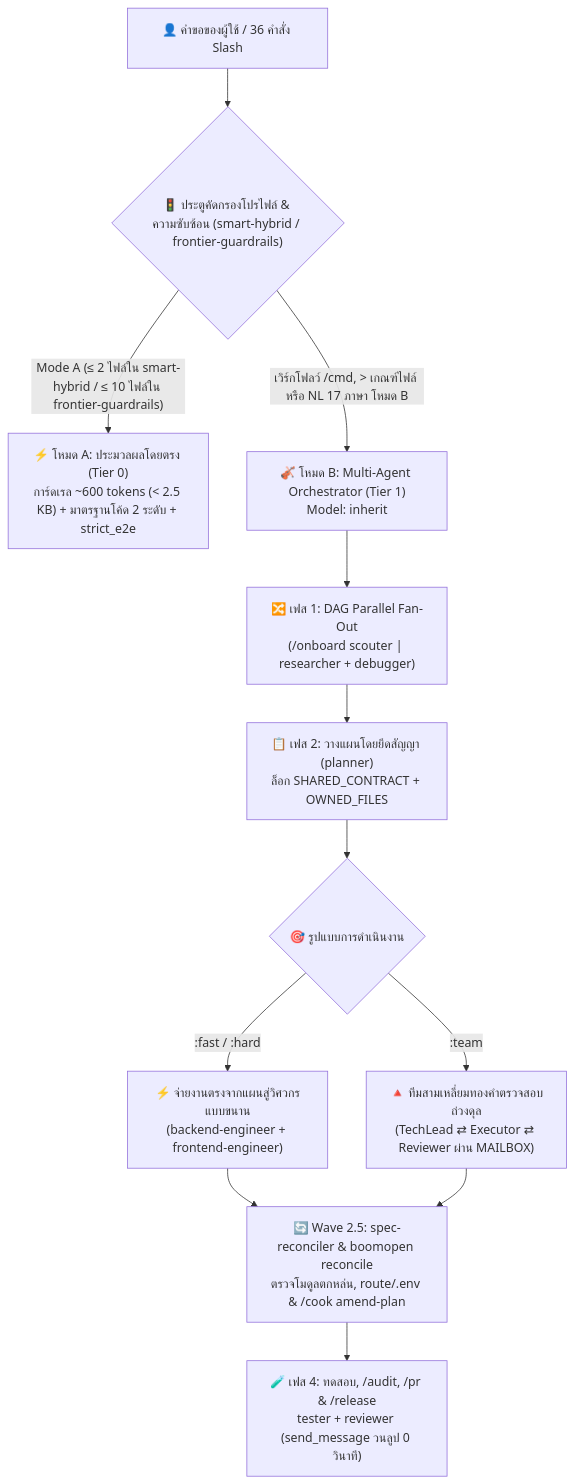
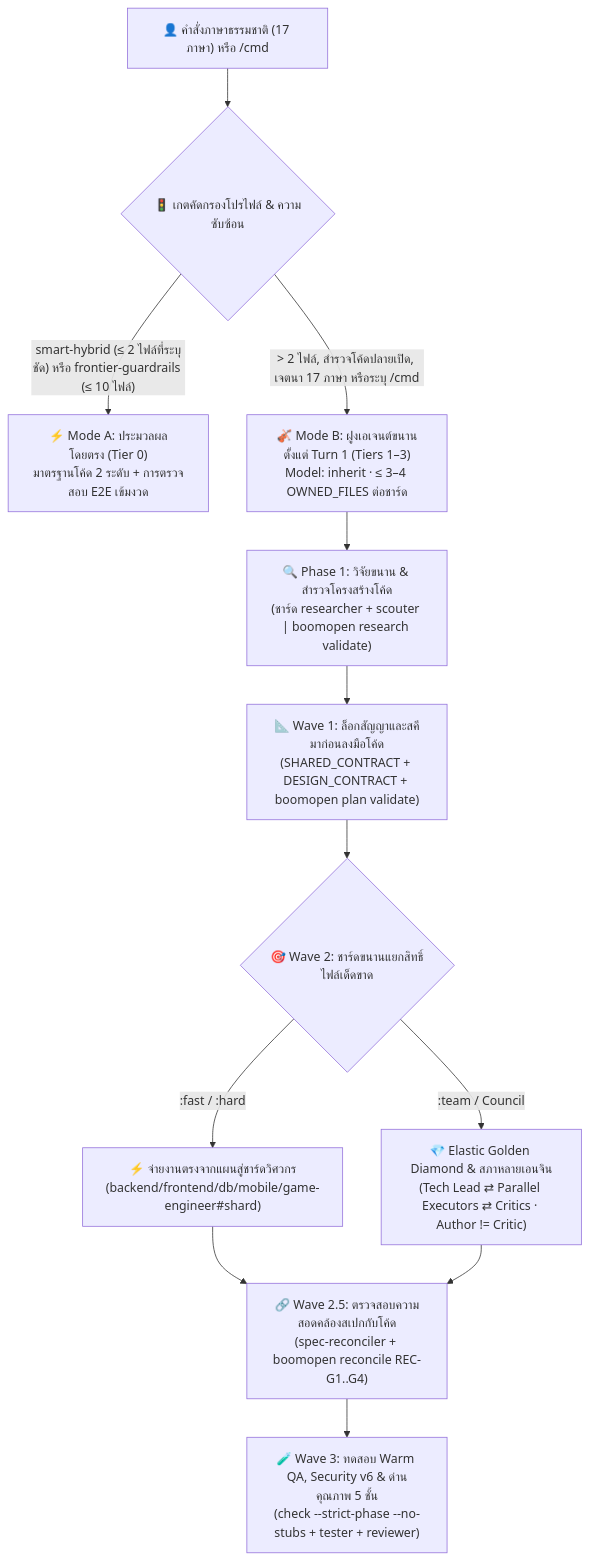
Before and after one commit to Kennyboom/BoomOpen-Workflow-Kit-Pro: the diagram in i18n/README.th.md, drawn with Mermaid. The commit also changed other lines of this file and 21 other files, not shown here.

````diff
--- a/i18n/README.th.md
+++ b/i18n/README.th.md
@@ -59,17 +94,17 @@
 ```mermaid
 flowchart TD
-    User["👤 คำขอของผู้ใช้ / 36 คำสั่ง Slash"] --> Gate{"🚦 ประตูคัดกรองโปรไฟล์ & ความซับซ้อน (smart-hybrid / frontier-guardrails)"}
-    Gate -->|"Mode A (≤ 2 ไฟล์ใน smart-hybrid / ≤ 10 ไฟล์ใน frontier-guardrails)"| ModeA["⚡ โหมด A: ประมวลผลโดยตรง (Tier 0)<br/>การ์ดเรล ~600 tokens (< 2.5 KB) + มาตรฐานโค้ด 2 ระดับ + strict_e2e"]
-    Gate -->|"เวิร์กโฟลว์ /cmd, > เกณฑ์ไฟล์ หรือ NL 17 ภาษา โหมด B"| ModeB["🎻 โหมด B: Multi-Agent Orchestrator (Tier 1)<br/>Model: inherit"]
+    User["👤 คำสั่งภาษาธรรมชาติ (17 ภาษา) หรือ /cmd"] --> Gate{"🚦 เกตคัดกรองโปรไฟล์ & ความซับซ้อน"}
+    Gate -->|"smart-hybrid (≤ 2 ไฟล์ที่ระบุชัด) หรือ frontier-guardrails (≤ 10 ไฟล์)"| ModeA["⚡ Mode A: ประมวลผลโดยตรง (Tier 0)<br/>มาตรฐานโค้ด 2 ระดับ + การตรวจสอบ E2E เข้มงวด"]
+    Gate -->|"> 2 ไฟล์, สำรวจโค้ดปลายเปิด, เจตนา 17 ภาษา หรือระบุ /cmd"| ModeB["🎻 Mode B: ฝูงเอเจนต์ขนานตั้งแต่ Turn 1 (Tiers 1–3)<br/>Model: inherit · ≤ 3–4 OWNED_FILES ต่อชาร์ด"]
 
-    ModeB --> FanOut["🔀 เฟส 1: DAG Parallel Fan-Out<br/>(/onboard scouter | researcher + debugger)"]
-    FanOut --> Plan["📋 เฟส 2: วางแผนโดยยึดสัญญา (planner)<br/>ล็อก SHARED_CONTRACT + OWNED_FILES"]
-    Plan --> Dispatch{"🎯 รูปแบบการดำเนินงาน"}
+    ModeB --> Wave0["🔍 Phase 1: วิจัยขนาน & สำรวจโครงสร้างโค้ด<br/>(ชาร์ด researcher + scouter | boomopen research validate)"]
+    Wave0 --> Wave1["📐 Wave 1: ล็อกสัญญาและสคีมาก่อนลงมือโค้ด<br/>(SHARED_CONTRACT + DESIGN_CONTRACT + boomopen plan validate)"]
+    Wave1 --> Wave2{"🎯 Wave 2: ชาร์ดขนานแยกสิทธิ์ไฟล์เด็ดขาด"}
 
-    Dispatch -->|":fast / :hard"| Direct["⚡ จ่ายงานตรงจากแผนสู่วิศวกรแบบขนาน<br/>(backend-engineer + frontend-engineer)"]
-    Dispatch -->|":team"| Triangle["🔺 ทีมสามเหลี่ยมทองคำตรวจสอบถ่วงดุล<br/>(TechLead ⇄ Executor ⇄ Reviewer ผ่าน MAILBOX)"]
+    Wave2 -->|":fast / :hard"| Direct["⚡ จ่ายงานตรงจากแผนสู่ชาร์ดวิศวกร<br/>(backend/frontend/db/mobile/game-engineer#shard)"]
+    Wave2 -->|":team / Council"| Diamond["💎 Elastic Golden Diamond & สภาหลายเอนจิน<br/>(Tech Lead ⇄ Parallel Executors ⇄ Critics · Author != Critic)"]
 
-    Direct --> Reconcile["🔄 Wave 2.5: spec-reconciler & boomopen reconcile<br/>ตรวจโมดูลตกหล่น, route/.env & /cook amend-plan"]
-    Triangle --> Reconcile
-    Reconcile --> Verify["🧪 เฟส 4: ทดสอบ, /audit, /pr & /release<br/>tester + reviewer (send_message วนลูป 0 วินาที)"]
+    Direct --> Wave25["🔗 Wave 2.5: ตรวจสอบความสอดคล้องสเปกกับโค้ด<br/>(spec-reconciler + boomopen reconcile REC-G1..G4)"]
+    Diamond --> Wave25
+    Wave25 --> Wave3["🧪 Wave 3: ทดสอบ Warm QA, Security v6 & ด่านคุณภาพ 5 ชั้น<br/>(check --strict-phase --no-stubs + tester + reviewer)"]
 ```
````
